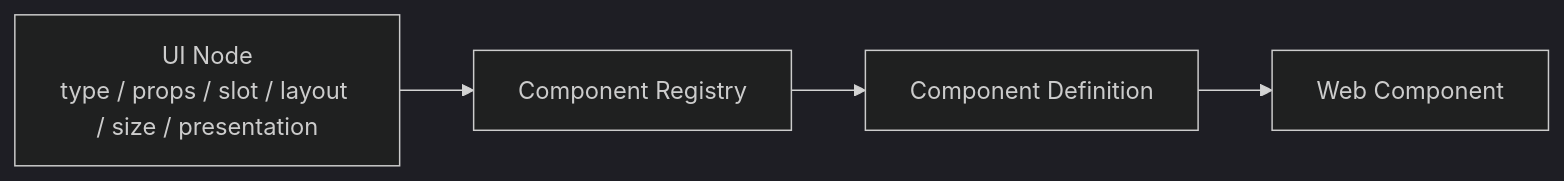
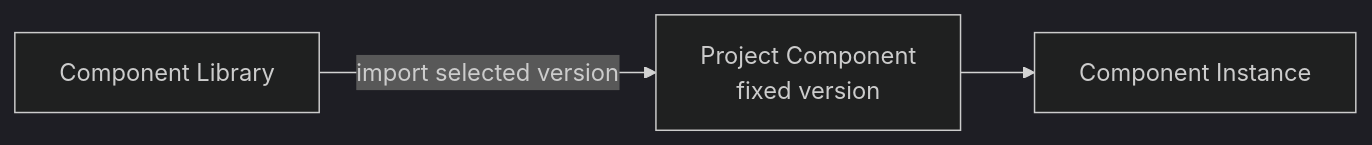
The seventh of 11 diagrams in docs/architecture/03-technology-and-system-architecture.md (northwest-hcu/FlagShip), drawn with Mermaid (dark theme) before and after one commit. The commit also changed other lines of this file and 11 other files, not shown here.

Commit message:
docs: align architecture with component ownership model

````diff
--- a/docs/architecture/03-technology-and-system-architecture.md
+++ b/docs/architecture/03-technology-and-system-architecture.md
@@ -797,7 +228,9 @@
 ```mermaid
 flowchart LR
-    Node["UI Node<br/>type / props / slot / layout / size / presentation"]
-    Node --> Registry["Component Registry"]
-    Registry --> Definition["Component Definition"]
-    Definition --> Component["Web Component"]
+    Library["Component Library"]
+    Imported["Project Component<br/>fixed version"]
+    Instance["Component Instance"]
+
+    Library -->|"import selected version"| Imported
+    Imported --> Instance
 ```
````
